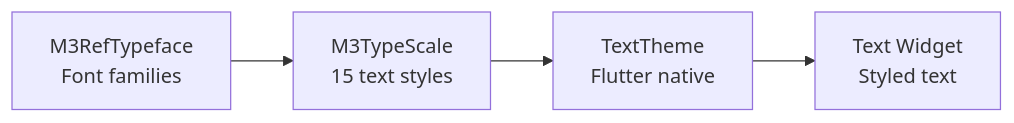
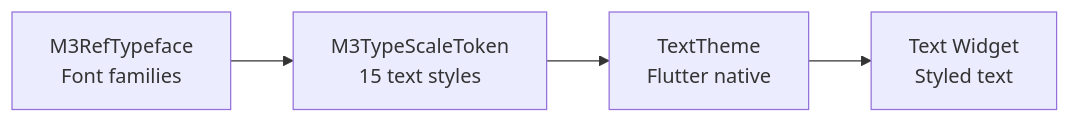
Before and after one commit to fluttely/material_design: the third of 5 diagrams in documentation/material_design/pt_BR/maps/Token Map.md, drawn with Mermaid. The commit also changed other lines of this file and 51 other files, not shown here.

````diff
--- a/documentation/material_design/pt_BR/maps/Token Map.md
+++ b/documentation/material_design/pt_BR/maps/Token Map.md
@@ -258,6 +272,6 @@
 ```mermaid
 graph LR
-    A[M3RefTypeface<br/>Font families] --> B[M3TypeScale<br/>15 text styles]
+    A[M3RefTypeface<br/>Font families] --> B[M3TypeScaleToken<br/>15 text styles]
     B --> C[TextTheme<br/>Flutter native]
     C --> D[Text Widget<br/>Styled text]
 ```
````
